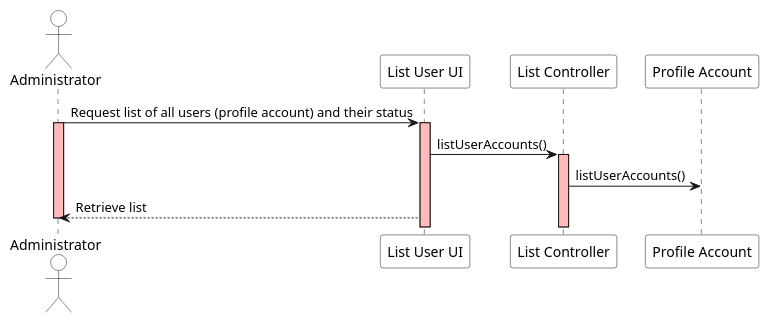
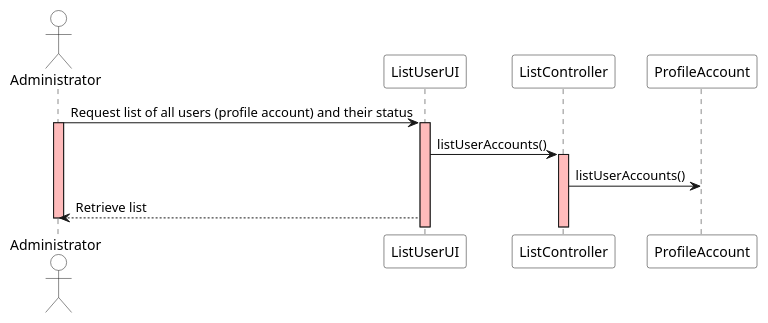
One commit to ivo-menezes/project_g3 changed the diagram in docs/modelling_design/user_stories/us004/US004_ListAllAccountsAndStatusSD.puml. Above: the diagram before and after it, drawn with PlantUML. The commit also changed 4 other files, not shown here.

```diff
--- a/docs/modelling_design/user_stories/us004/US004_ListAllAccountsAndStatusSD.puml
+++ b/docs/modelling_design/user_stories/us004/US004_ListAllAccountsAndStatusSD.puml
@@ -1,21 +1,21 @@
 @startuml
 
 actor Administrator as Administrator #white
-participant "List User UI" as UI #white
-participant "List Controller" as Controller #white
-participant "Profile Account" as Account #white
+participant "ListUserUI" as UI #white
+participant "ListController" as Controller #white
+participant "ProfileAccount" as Account #white
 
 
 Administrator ->  UI: Request list of all users (profile account) and their status
 activate Administrator #FFBBBB
 activate UI #FFBBBB
 UI -> Controller: listUserAccounts()
 
 activate Controller #FFBBBB
 Controller -> Account: listUserAccounts()
 
 'Controller --> UI: User account (profile account) and status listed
 
 UI --> Administrator: Retrieve list
 deactivate Administrator #FFBBBB
 @enduml
```
